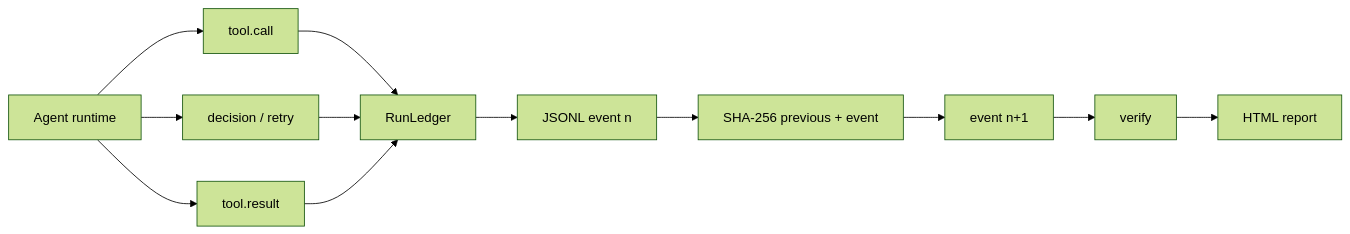
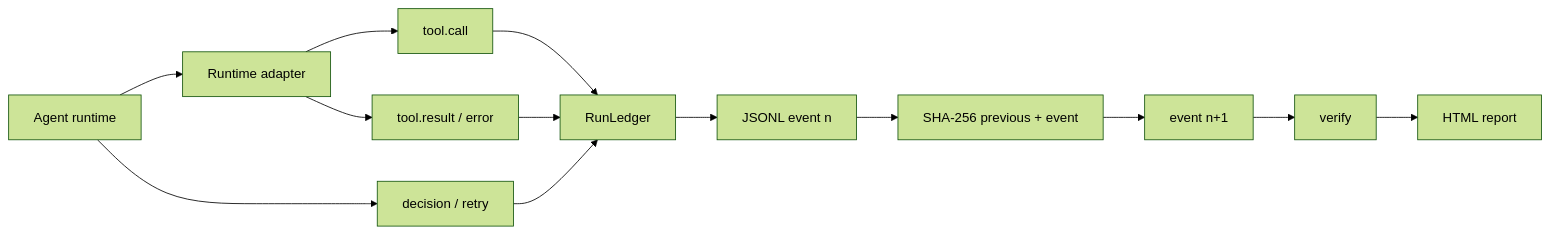
Before and after one commit to yashkhou/runledger: the diagram in README.md, drawn with Mermaid (forest theme). The commit also changed other lines of this file and 11 other files, not shown here.

Commit message:
feat: add runtime adapter core and MCP ingestion

````diff
--- a/README.md
+++ b/README.md
@@ -73,14 +97,15 @@
 ```mermaid
 flowchart LR
-    A[Agent runtime] --> B[tool.call]
+    A[Agent runtime] --> R[Runtime adapter]
+    R --> B[tool.call]
     A --> C[decision / retry]
-    A --> D[tool.result]
+    R --> D[tool.result / error]
     B --> E[RunLedger]
     C --> E
     D --> E
     E --> F[JSONL event n]
     F --> G[SHA-256 previous + event]
     G --> H[event n+1]
     H --> I[verify]
     I --> J[HTML report]
 ```
````
